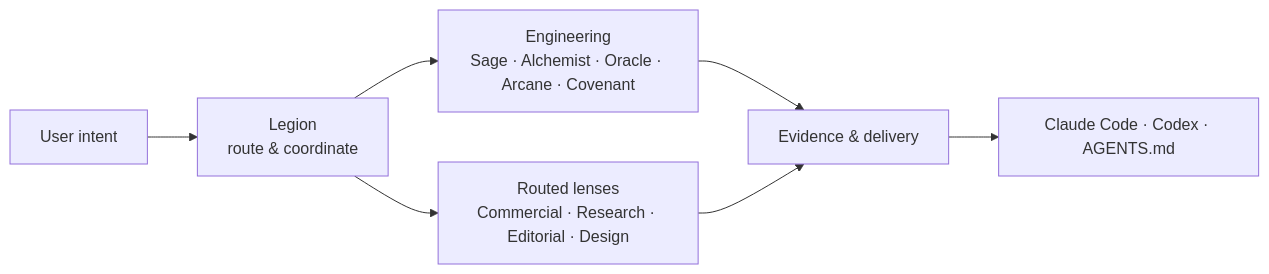
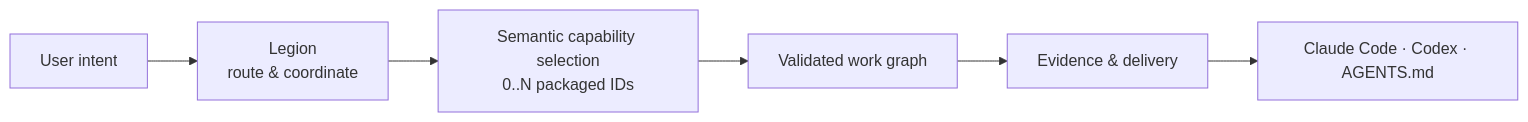
One commit to Orthic-Labs/legion changed the first of 2 diagrams in README.md. Above: the diagram before and after it, drawn with Mermaid. The commit also changed other lines of this file and 193 other files, not shown here.

````diff
--- a/README.md
+++ b/README.md
@@ -7,9 +7,8 @@
 ```mermaid
 flowchart LR
   U["User intent"] --> L["Legion<br/>route & coordinate"]
-  L --> E["Engineering<br/>Sage · Alchemist · Oracle · Arcane · Covenant"]
-  L --> C["Routed lenses<br/>Commercial · Research · Editorial · Design"]
-  E --> D["Evidence & delivery"]
-  C --> D
+  L --> C["Semantic capability selection<br/>0..N packaged IDs"]
+  C --> W["Validated work graph"]
+  W --> D["Evidence & delivery"]
   D --> H["Claude Code · Codex · AGENTS.md"]
 ```
````
